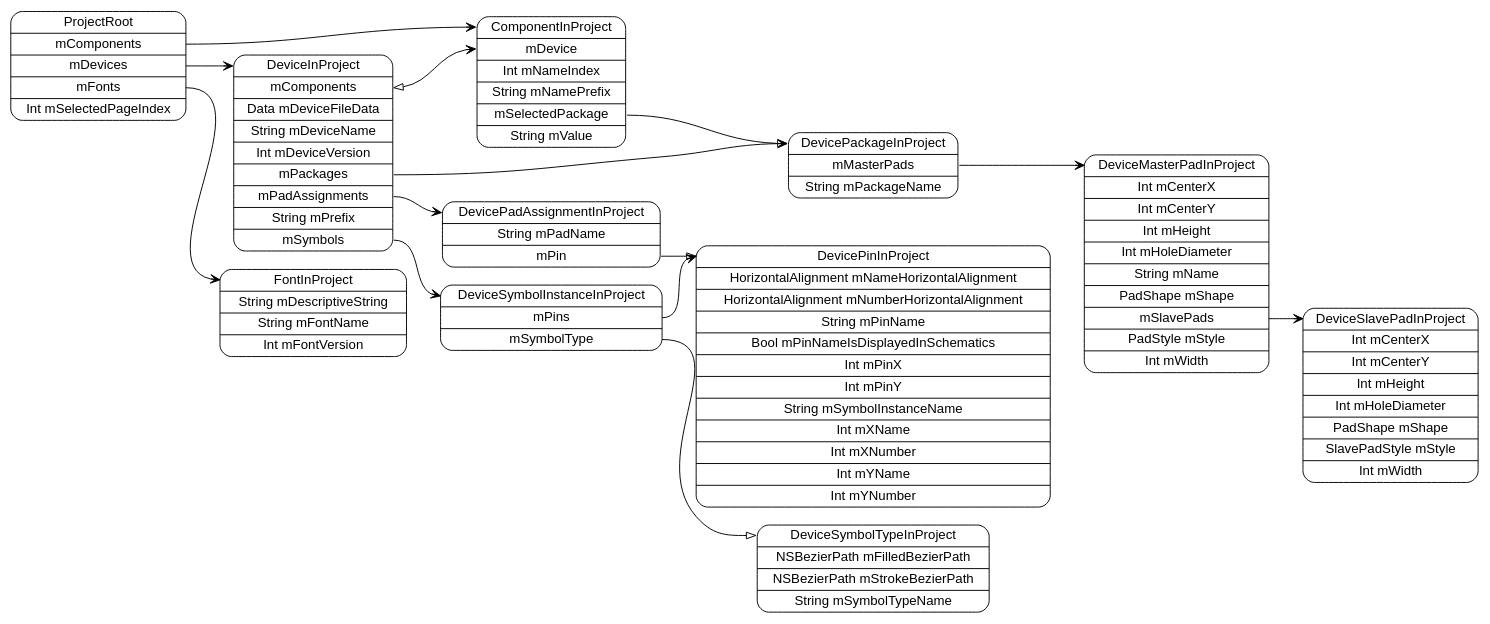
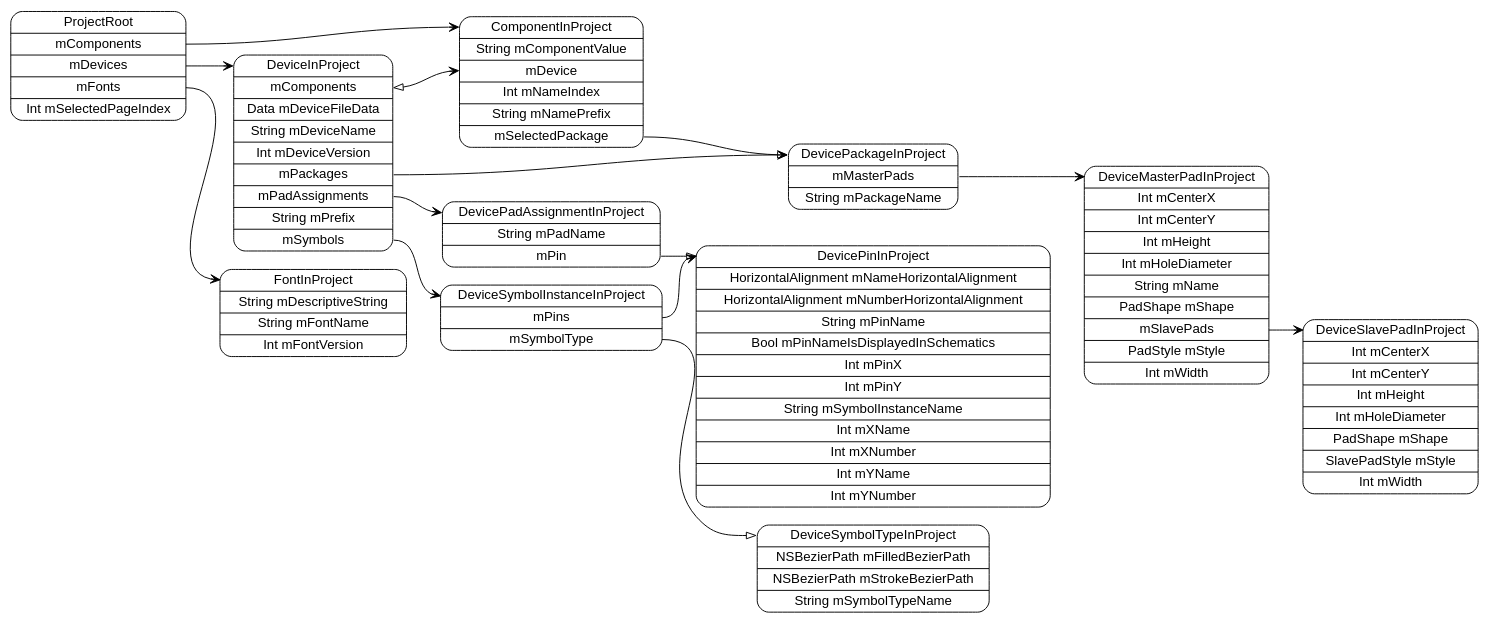
The diagram in models/ProjectRoot.dot (pierremolinaro/ElCanari-dev), drawn with Graphviz before and after one commit. The commit also changed 13 other files, not shown here.

```diff
--- a/models/ProjectRoot.dot
+++ b/models/ProjectRoot.dot
@@ -1,28 +1,28 @@
 digraph G {
   rankdir=LR ;
   node [shape=record fontname=helvetica style=rounded] ;
   ProjectRoot[label="<ProjectRoot>ProjectRoot|<mComponents>mComponents|<mDevices>mDevices|<mFonts>mFonts|Int mSelectedPageIndex"] ;
   FontInProject[label="<FontInProject>FontInProject|String mDescriptiveString|String mFontName|Int mFontVersion"] ;
   DeviceInProject[label="<DeviceInProject>DeviceInProject|<mComponents>mComponents|Data mDeviceFileData|String mDeviceName|Int mDeviceVersion|<mPackages>mPackages|<mPadAssignments>mPadAssignments|String mPrefix|<mSymbols>mSymbols"] ;
   DeviceSymbolInstanceInProject[label="<DeviceSymbolInstanceInProject>DeviceSymbolInstanceInProject|<mPins>mPins|<mSymbolType>mSymbolType"] ;
   DeviceSymbolTypeInProject[label="<DeviceSymbolTypeInProject>DeviceSymbolTypeInProject|NSBezierPath mFilledBezierPath|NSBezierPath mStrokeBezierPath|String mSymbolTypeName"] ;
   DevicePinInProject[label="<DevicePinInProject>DevicePinInProject|HorizontalAlignment mNameHorizontalAlignment|HorizontalAlignment mNumberHorizontalAlignment|String mPinName|Bool mPinNameIsDisplayedInSchematics|Int mPinX|Int mPinY|String mSymbolInstanceName|Int mXName|Int mXNumber|Int mYName|Int mYNumber"] ;
   DevicePadAssignmentInProject[label="<DevicePadAssignmentInProject>DevicePadAssignmentInProject|String mPadName|<mPin>mPin"] ;
   DevicePackageInProject[label="<DevicePackageInProject>DevicePackageInProject|<mMasterPads>mMasterPads|String mPackageName"] ;
   DeviceMasterPadInProject[label="<DeviceMasterPadInProject>DeviceMasterPadInProject|Int mCenterX|Int mCenterY|Int mHeight|Int mHoleDiameter|String mName|PadShape mShape|<mSlavePads>mSlavePads|PadStyle mStyle|Int mWidth"] ;
   DeviceSlavePadInProject[label="<DeviceSlavePadInProject>DeviceSlavePadInProject|Int mCenterX|Int mCenterY|Int mHeight|Int mHoleDiameter|PadShape mShape|SlavePadStyle mStyle|Int mWidth"] ;
-  ComponentInProject[label="<ComponentInProject>ComponentInProject|<mDevice>mDevice|Int mNameIndex|String mNamePrefix|<mSelectedPackage>mSelectedPackage|String mValue"] ;
+  ComponentInProject[label="<ComponentInProject>ComponentInProject|String mComponentValue|<mDevice>mDevice|Int mNameIndex|String mNamePrefix|<mSelectedPackage>mSelectedPackage"] ;
   ProjectRoot:mComponents -> ComponentInProject:ComponentInProject [dir=both arrowtail=none arrowhead=vee] ;
   ProjectRoot:mDevices -> DeviceInProject:DeviceInProject [dir=both arrowtail=none arrowhead=vee] ;
   ProjectRoot:mFonts -> FontInProject:FontInProject [dir=both arrowtail=none arrowhead=vee] ;
   DeviceInProject:mComponents -> ComponentInProject:mDevice [dir=both arrowtail=onormal arrowhead=vee] ;
   DeviceInProject:mPackages -> DevicePackageInProject:DevicePackageInProject [dir=both arrowtail=none arrowhead=vee] ;
   DeviceInProject:mPadAssignments -> DevicePadAssignmentInProject:DevicePadAssignmentInProject [dir=both arrowtail=none arrowhead=vee] ;
   DeviceInProject:mSymbols -> DeviceSymbolInstanceInProject:DeviceSymbolInstanceInProject [dir=both arrowtail=none arrowhead=vee] ;
   DeviceSymbolInstanceInProject:mPins -> DevicePinInProject:DevicePinInProject [dir=both arrowtail=none arrowhead=vee] ;
   DeviceSymbolInstanceInProject:mSymbolType -> DeviceSymbolTypeInProject:DeviceSymbolTypeInProject [dir=both arrowtail=none arrowhead=onormal] ;
   DevicePadAssignmentInProject:mPin -> DevicePinInProject:DevicePinInProject [dir=both arrowtail=none arrowhead=onormal] ;
   DevicePackageInProject:mMasterPads -> DeviceMasterPadInProject:DeviceMasterPadInProject [dir=both arrowtail=none arrowhead=vee] ;
   DeviceMasterPadInProject:mSlavePads -> DeviceSlavePadInProject:DeviceSlavePadInProject [dir=both arrowtail=none arrowhead=vee] ;
   ComponentInProject:mSelectedPackage -> DevicePackageInProject:DevicePackageInProject [dir=both arrowtail=none arrowhead=onormal] ;
 }
```
